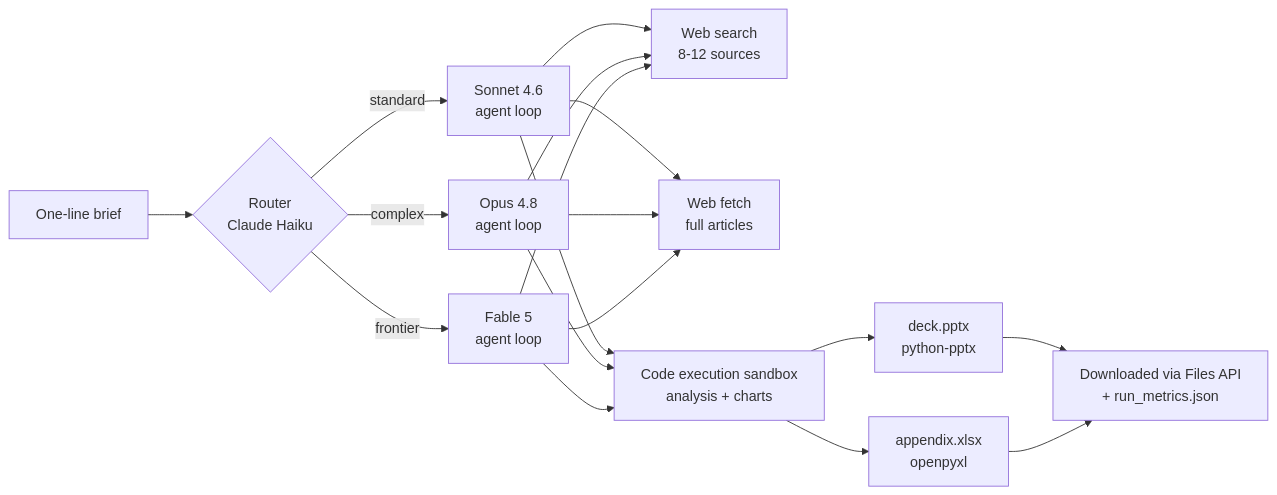
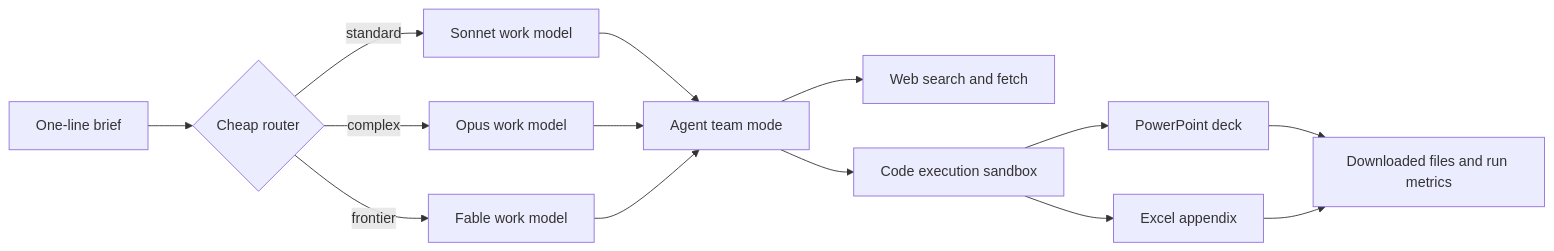
Before and after one commit to paramouxt/brief-to-deck-agent: the diagram in README.md, drawn with Mermaid. The commit also changed other lines of this file and 2 other files, not shown here.

Commit message:
Add virtual agent team mode

````diff
--- a/README.md
+++ b/README.md
@@ -19,14 +54,16 @@
 ```mermaid
 flowchart LR
-    A[One-line brief] --> R{Router<br/>Claude Haiku}
-    R -->|standard| B[Sonnet 4.6<br/>agent loop]
-    R -->|complex| B2[Opus 4.8<br/>agent loop]
-    R -->|frontier| B3[Fable 5<br/>agent loop]
-    B & B2 & B3 --> C[Web search<br/>8-12 sources]
-    B & B2 & B3 --> D[Web fetch<br/>full articles]
-    B & B2 & B3 --> E[Code execution sandbox<br/>analysis + charts]
-    E --> F[deck.pptx<br/>python-pptx]
-    E --> G[appendix.xlsx<br/>openpyxl]
-    F --> H[Downloaded via Files API<br/>+ run_metrics.json]
-    G --> H
+    A[One-line brief] --> R{Cheap router}
+    R -->|standard| S[Sonnet work model]
+    R -->|complex| O[Opus work model]
+    R -->|frontier| F[Fable work model]
+    S --> T[Agent team mode]
+    O --> T
+    F --> T
+    T --> W[Web search and fetch]
+    T --> C[Code execution sandbox]
+    C --> P[PowerPoint deck]
+    C --> X[Excel appendix]
+    P --> M[Downloaded files and run metrics]
+    X --> M
 ```
````
